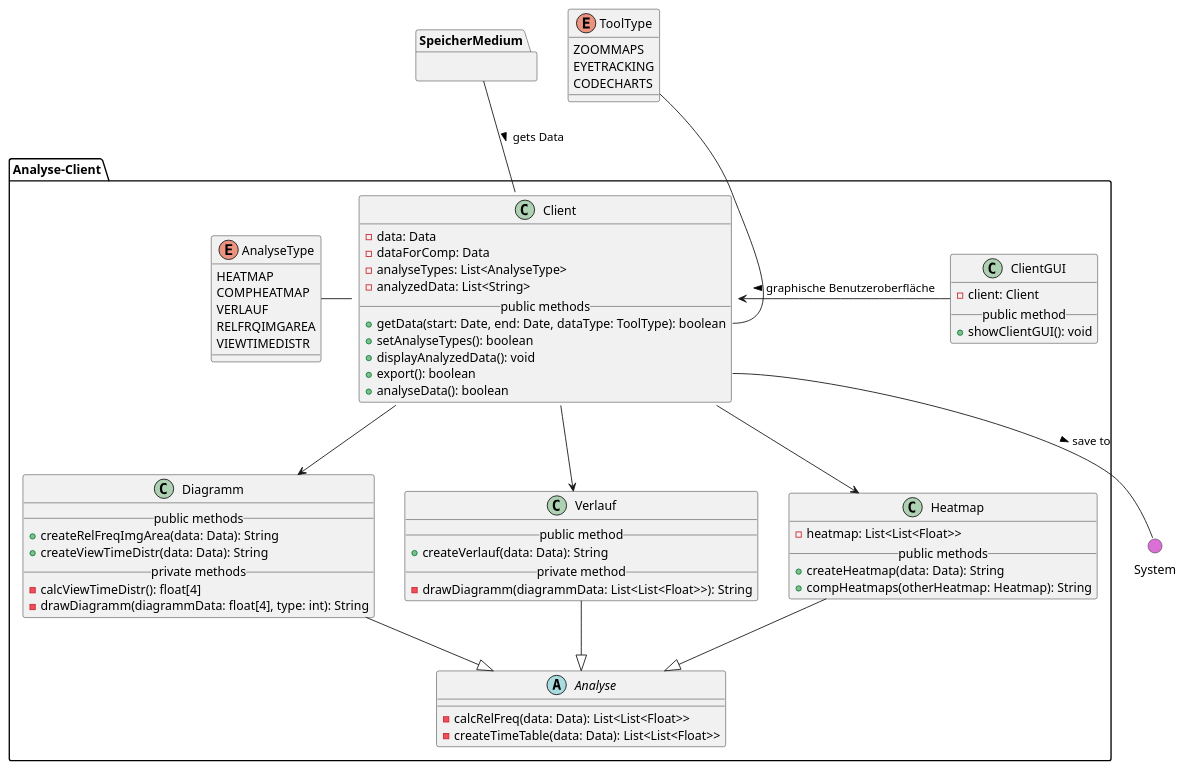
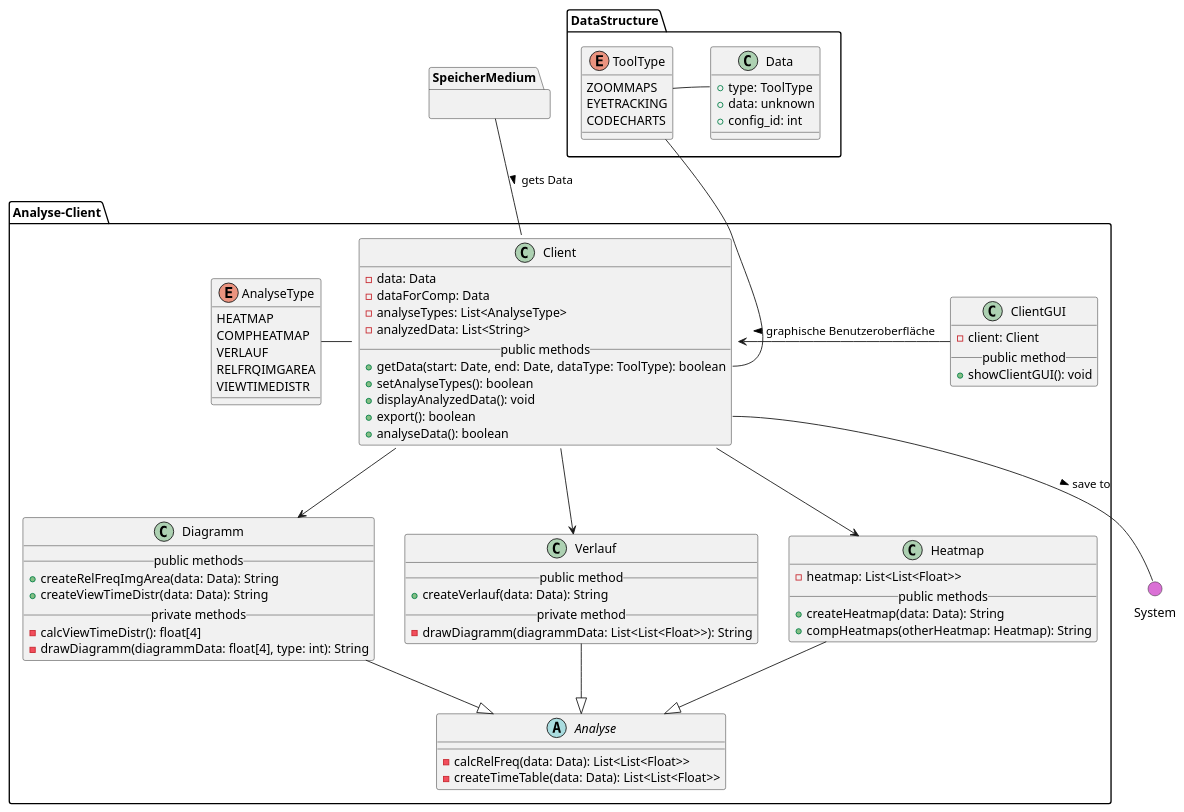
Before and after one commit to weichware10/meilensteine: the diagram in meilenstein_03/uml-analyse-client/analyseclient.puml, drawn with PlantUML.

Commit message:
DataStructure hinzugefügt

```diff
--- a/meilenstein_03/uml-analyse-client/analyseclient.puml
+++ b/meilenstein_03/uml-analyse-client/analyseclient.puml
@@ -1,99 +1,112 @@
 @startuml analyseclient
 
 ' === ANALYSE CLIENT ===
 package Analyse-Client{
   
   ' Client
   class Client {
     - data: Data
     - dataForComp: Data
     - analyseTypes: List<AnalyseType>
     - analyzedData: List<String>
     __public methods__
     + getData(start: Date, end: Date, dataType: ToolType): boolean
     + setAnalyseTypes(): boolean
     + displayAnalyzedData(): void
     + export(): boolean
     + analyseData(): boolean
   }
 
   ' Analyse
   abstract Analyse {
     - calcRelFreq(data: Data): List<List<Float>>
     - createTimeTable(data: Data): List<List<Float>>
   }
 
   ' Heatmap
   class Heatmap {
     - heatmap: List<List<Float>>
     __public methods__
     + createHeatmap(data: Data): String
     + compHeatmaps(otherHeatmap: Heatmap): String
   }
 
   ' Verlauf
   class Verlauf {
     __public method__
     + createVerlauf(data: Data): String
     __private method__
     - drawDiagramm(diagrammData: List<List<Float>>): String
   }
 
   ' Diagramm
   class Diagramm {
     __public methods__
     + createRelFreqImgArea(data: Data): String
     + createViewTimeDistr(data: Data): String
     __private methods__
     - calcViewTimeDistr(): float[4]
     - drawDiagramm(diagrammData: float[4], type: int): String
   }
 
   ' Type
   enum AnalyseType {
     HEATMAP
     COMPHEATMAP
     VERLAUF
     RELFRQIMGAREA
     VIEWTIMEDISTR
   }
 
   ' ClientGUI
   class ClientGUI {
     - client: Client
     __public method__
     + showClientGUI(): void
   }
 
   ' Vererbung
   Analyse <|-u- Heatmap
   Analyse <|-u- Verlauf
   Analyse <|-u- Diagramm
 
   ' Interaktionen
   Client -d-> Heatmap 
   Client -d-> Verlauf
   Client -d-> Diagramm
   Client -l- AnalyseType
   Client <-r- ClientGUI : < graphische Benutzeroberfläche
 
 }
 
-' Typen der erhobenen Daten
-enum ToolType {
-  ZOOMMAPS
-  EYETRACKING
-  CODECHARTS
-}
-
 ' Blackbox
 package SpeicherMedium {}
+
+package DataStructure {
+  
+  ' Typen der erhobenen Daten
+  enum ToolType {
+    ZOOMMAPS
+    EYETRACKING
+    CODECHARTS
+  }
+
+  ' Daten
+  class Data {
+    + type: ToolType
+    + data: unknown
+    + config_id: int
+  }
+
+  ' Interaktionen
+  Data::type -l- ToolType
+}
 
 () System #DA70D5
 
 ' Interaktionen
 Client::getData -u- ToolType
 Client::export -- System: > save to
 Client -u- SpeicherMedium : < gets Data
 
 @enduml
```
